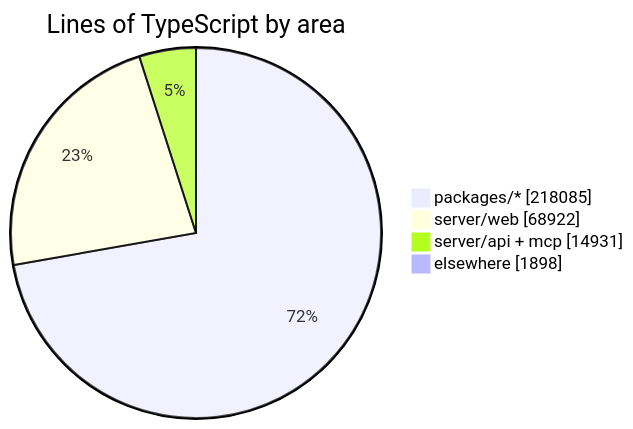
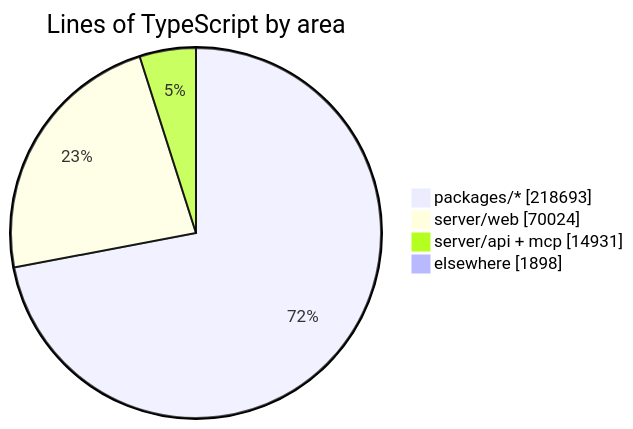
Before and after one commit to crossworks-engineering/mantle: the diagram in README.md, drawn with Mermaid. The commit also changed other lines of this file and 2 other files, not shown here.

````diff
--- a/README.md
+++ b/README.md
@@ -287,7 +287,7 @@
 ```mermaid
 pie showData title Lines of TypeScript by area
-    "packages/*" : 218085
-    "server/web" : 68922
+    "packages/*" : 218693
+    "server/web" : 70024
     "server/api + mcp" : 14931
     "elsewhere" : 1898
 ```
````
